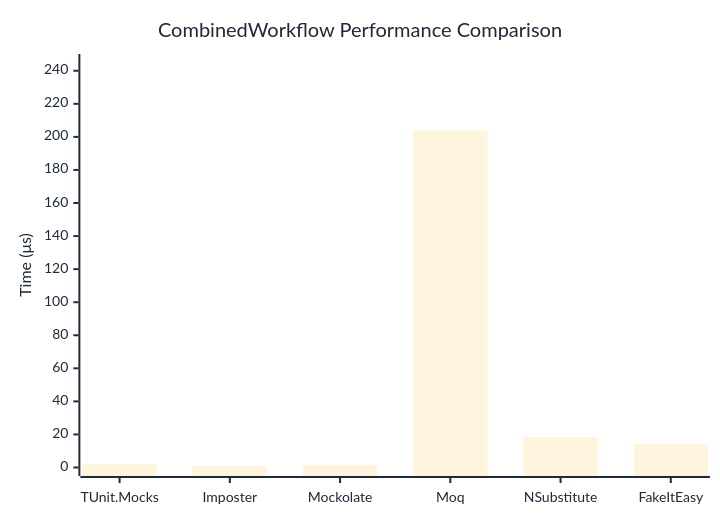
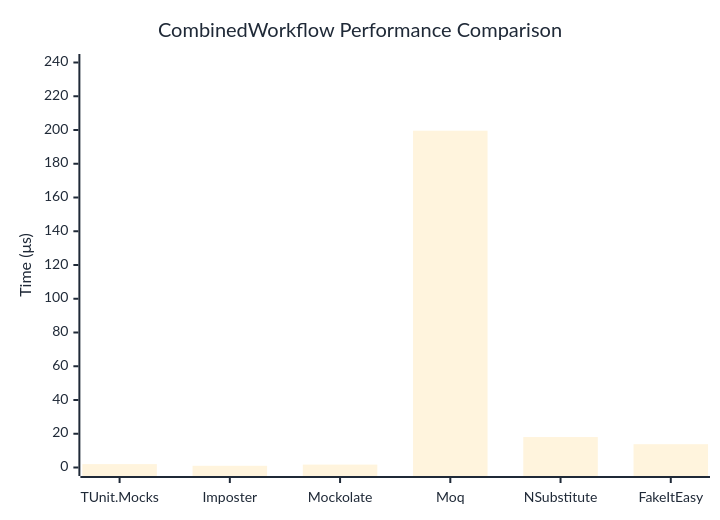
Before and after one commit to thomhurst/TUnit: the diagram in docs/docs/benchmarks/mocks/CombinedWorkflow.md, drawn with Mermaid. The commit also changed other lines of this file and 14 other files, not shown here.

````diff
--- a/docs/docs/benchmarks/mocks/CombinedWorkflow.md
+++ b/docs/docs/benchmarks/mocks/CombinedWorkflow.md
@@ -30,27 +30,27 @@
 ```mermaid
 %%{init: {
   'theme':'base',
   'themeVariables': {
     'primaryColor': '#2563eb',
     'primaryTextColor': '#1f2937',
     'primaryBorderColor': '#1e40af',
     'lineColor': '#6b7280',
     'secondaryColor': '#7c3aed',
     'tertiaryColor': '#dc2626',
     'background': '#ffffff',
     'pie1': '#2563eb',
     'pie2': '#7c3aed',
     'pie3': '#dc2626',
     'pie4': '#f59e0b',
     'pie5': '#10b981',
     'pie6': '#06b6d4',
     'pie7': '#ec4899',
     'pie8': '#6366f1'
   }
 }}%%
 xychart-beta
   title "CombinedWorkflow Performance Comparison"
   x-axis ["TUnit.Mocks", "Imposter", "Mockolate", "Moq", "NSubstitute", "FakeItEasy"]
-  y-axis "Time (μs)" 0 --> 245
-  bar [2.007, 1.007, 1.712, 203.887, 18.454, 14.002]
+  y-axis "Time (μs)" 0 --> 240
+  bar [2.007, 1.01, 1.723, 199.584, 18.042, 13.812]
 ```
````
